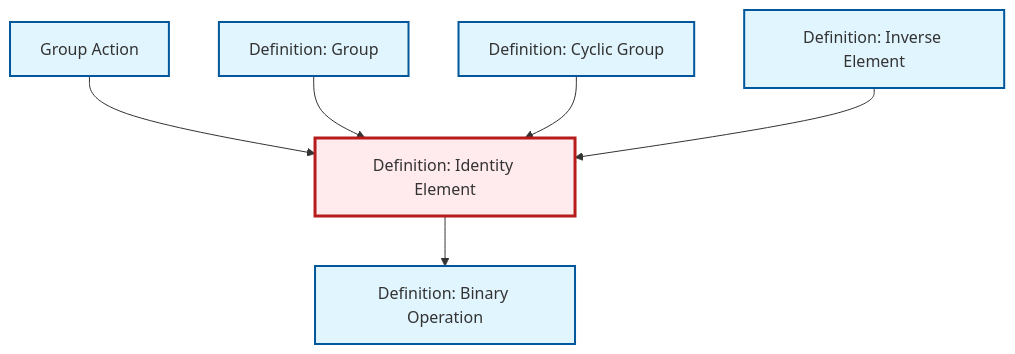
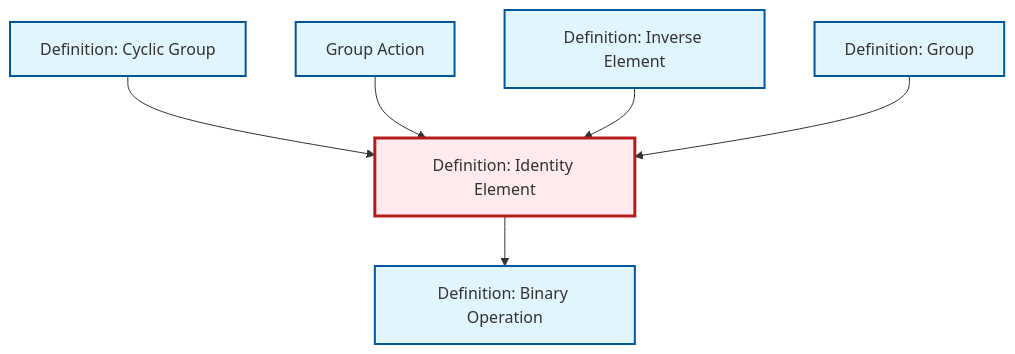
Before and after one commit to RK0429/ModernMath: the diagram in content/en/algebra/def-identity-element.qmd, drawn with Mermaid. The commit also changed other lines of this file and 554 other files, not shown here.

````diff
--- a/content/en/algebra/def-identity-element.qmd
+++ b/content/en/algebra/def-identity-element.qmd
@@ -77,26 +77,26 @@
 ```{mermaid}
 %%| fig-cap: "Local dependency graph"
 graph TD
     classDef definition fill:#e1f5fe,stroke:#01579b,stroke-width:2px
     classDef theorem fill:#f3e5f5,stroke:#4a148c,stroke-width:2px
     classDef axiom fill:#fff3e0,stroke:#e65100,stroke-width:2px
     classDef example fill:#e8f5e9,stroke:#1b5e20,stroke-width:2px
     classDef current fill:#ffebee,stroke:#b71c1c,stroke-width:3px
+    def-group-action["Group Action"]:::definition
     def-cyclic-group["Definition: Cyclic Group"]:::definition
+    def-group["Definition: Group"]:::definition
+    def-binary-operation["Definition: Binary Operation"]:::definition
+    def-identity-element["Definition: Identity Element"]:::definition
     def-inverse-element["Definition: Inverse Element"]:::definition
-    def-group["Definition: Group"]:::definition
-    def-identity-element["Definition: Identity Element"]:::definition
-    def-binary-operation["Definition: Binary Operation"]:::definition
-    def-group-action["Group Action"]:::definition
     def-identity-element --> def-binary-operation
+    def-cyclic-group --> def-identity-element
     def-group-action --> def-identity-element
+    def-inverse-element --> def-identity-element
     def-group --> def-identity-element
-    def-cyclic-group --> def-identity-element
-    def-inverse-element --> def-identity-element
     class def-identity-element current
+    click def-group-action "def-group-action.html" "Go to Group Action"
     click def-cyclic-group "def-cyclic-group.html" "Go to Cyclic Group definition"
-    click def-inverse-element "def-inverse-element.html" "Go to Inverse Element definition"
     click def-group "def-group.html" "Go to Group definition"
     click def-binary-operation "def-binary-operation.html" "Go to Binary Operation definition"
-    click def-group-action "def-group-action.html" "Go to Group Action"
+    click def-inverse-element "def-inverse-element.html" "Go to Inverse Element definition"
 ```
````
